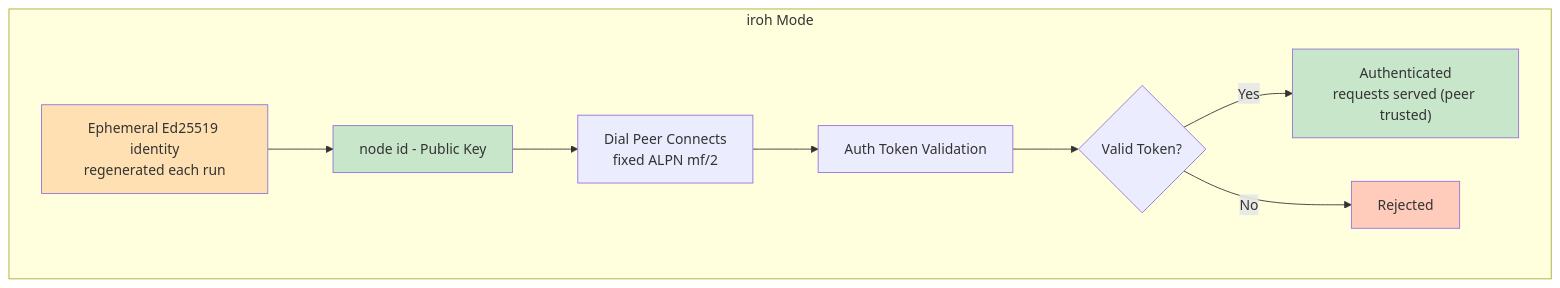
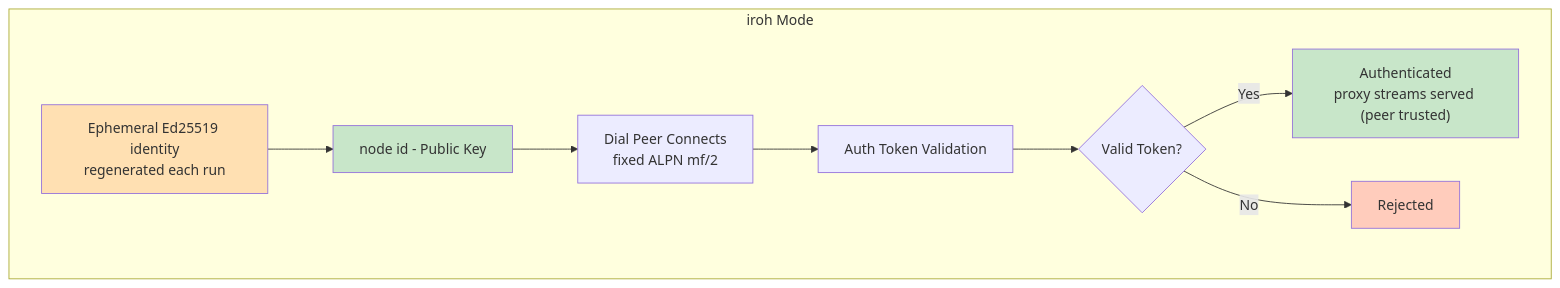
One commit to andrewtheguy/duopipe changed diagram 15 of 21 in docs/ARCHITECTURE.md. Above: the diagram before and after it, drawn with Mermaid. The commit also changed other lines of this file and 11 other files, not shown here.

````diff
--- a/docs/ARCHITECTURE.md
+++ b/docs/ARCHITECTURE.md
@@ -518,16 +521,16 @@
 ```mermaid
 graph TB
     subgraph "iroh Mode"
         A[Ephemeral Ed25519 identity<br/>regenerated each run] --> C[node id - Public Key]
         C --> D[Dial Peer Connects<br/>fixed ALPN mf/2]
         D --> E[Auth Token Validation]
         E --> F{Valid Token?}
-        F -->|Yes| G["Authenticated<br/>requests served (peer trusted)"]
+        F -->|Yes| G["Authenticated<br/>proxy streams served (peer trusted)"]
         F -->|No| H[Rejected]
     end
 
     style A fill:#FFE0B2
     style C fill:#C8E6C9
     style G fill:#C8E6C9
     style H fill:#FFCCBC
 ```
````
